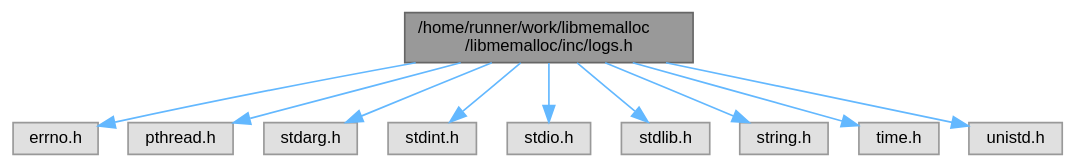
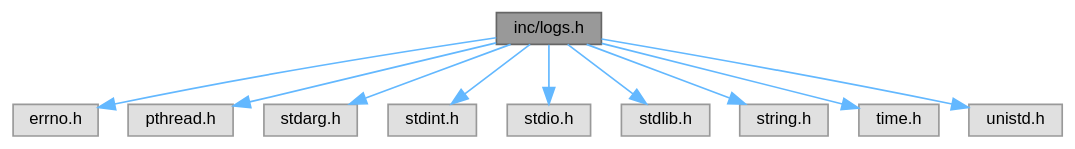
One commit to RafaelVVolkmer/libmemalloc changed the diagram in logs_8h__incl.dot. Above: the diagram before and after it, drawn with Graphviz. The commit also changed 89 other files, not shown here.

```diff
--- a/logs_8h__incl.dot
+++ b/logs_8h__incl.dot
@@ -1,26 +1,26 @@
-digraph "/home/runner/work/libmemalloc/libmemalloc/inc/logs.h"
+digraph "inc/logs.h"
 {
  // LATEX_PDF_SIZE
   bgcolor="transparent";
   edge [fontname=Helvetica,fontsize=10,labelfontname=Helvetica,labelfontsize=10];
   node [fontname=Helvetica,fontsize=10,shape=box,height=0.2,width=0.4];
-  Node1 [id="Node000001",label="/home/runner/work/libmemalloc\l/libmemalloc/inc/logs.h",height=0.2,width=0.4,color="gray40", fillcolor="grey60", style="filled", fontcolor="black",tooltip="Logging macros and configuration for libmemalloc."];
+  Node1 [id="Node000001",label="inc/logs.h",height=0.2,width=0.4,color="gray40", fillcolor="grey60", style="filled", fontcolor="black",tooltip="Logging macros and configuration for libmemalloc."];
   Node1 -> Node2 [id="edge1_Node000001_Node000002",color="steelblue1",style="solid",tooltip=" "];
   Node2 [id="Node000002",label="errno.h",height=0.2,width=0.4,color="grey60", fillcolor="#E0E0E0", style="filled",tooltip=" "];
   Node1 -> Node3 [id="edge2_Node000001_Node000003",color="steelblue1",style="solid",tooltip=" "];
   Node3 [id="Node000003",label="pthread.h",height=0.2,width=0.4,color="grey60", fillcolor="#E0E0E0", style="filled",tooltip=" "];
   Node1 -> Node4 [id="edge3_Node000001_Node000004",color="steelblue1",style="solid",tooltip=" "];
   Node4 [id="Node000004",label="stdarg.h",height=0.2,width=0.4,color="grey60", fillcolor="#E0E0E0", style="filled",tooltip=" "];
   Node1 -> Node5 [id="edge4_Node000001_Node000005",color="steelblue1",style="solid",tooltip=" "];
   Node5 [id="Node000005",label="stdint.h",height=0.2,width=0.4,color="grey60", fillcolor="#E0E0E0", style="filled",tooltip=" "];
   Node1 -> Node6 [id="edge5_Node000001_Node000006",color="steelblue1",style="solid",tooltip=" "];
   Node6 [id="Node000006",label="stdio.h",height=0.2,width=0.4,color="grey60", fillcolor="#E0E0E0", style="filled",tooltip=" "];
   Node1 -> Node7 [id="edge6_Node000001_Node000007",color="steelblue1",style="solid",tooltip=" "];
   Node7 [id="Node000007",label="stdlib.h",height=0.2,width=0.4,color="grey60", fillcolor="#E0E0E0", style="filled",tooltip=" "];
   Node1 -> Node8 [id="edge7_Node000001_Node000008",color="steelblue1",style="solid",tooltip=" "];
   Node8 [id="Node000008",label="string.h",height=0.2,width=0.4,color="grey60", fillcolor="#E0E0E0", style="filled",tooltip=" "];
   Node1 -> Node9 [id="edge8_Node000001_Node000009",color="steelblue1",style="solid",tooltip=" "];
   Node9 [id="Node000009",label="time.h",height=0.2,width=0.4,color="grey60", fillcolor="#E0E0E0", style="filled",tooltip=" "];
   Node1 -> Node10 [id="edge9_Node000001_Node000010",color="steelblue1",style="solid",tooltip=" "];
   Node10 [id="Node000010",label="unistd.h",height=0.2,width=0.4,color="grey60", fillcolor="#E0E0E0", style="filled",tooltip=" "];
 }
```
